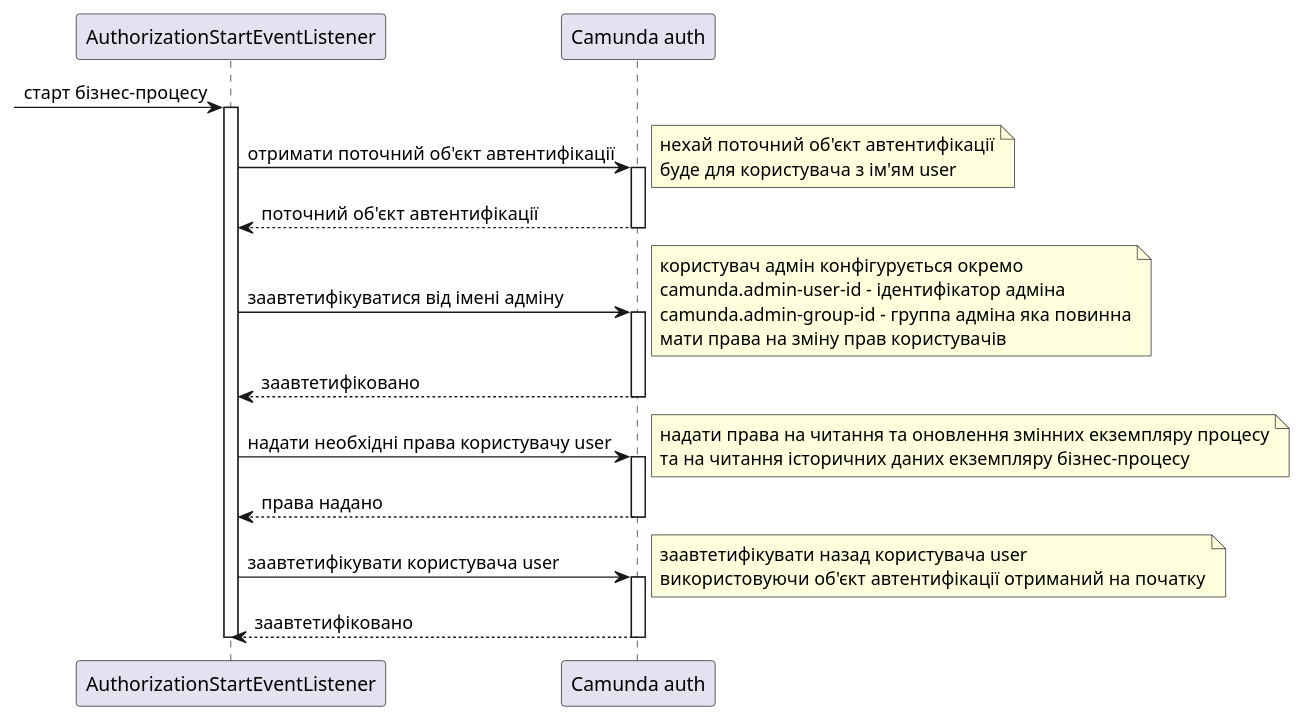
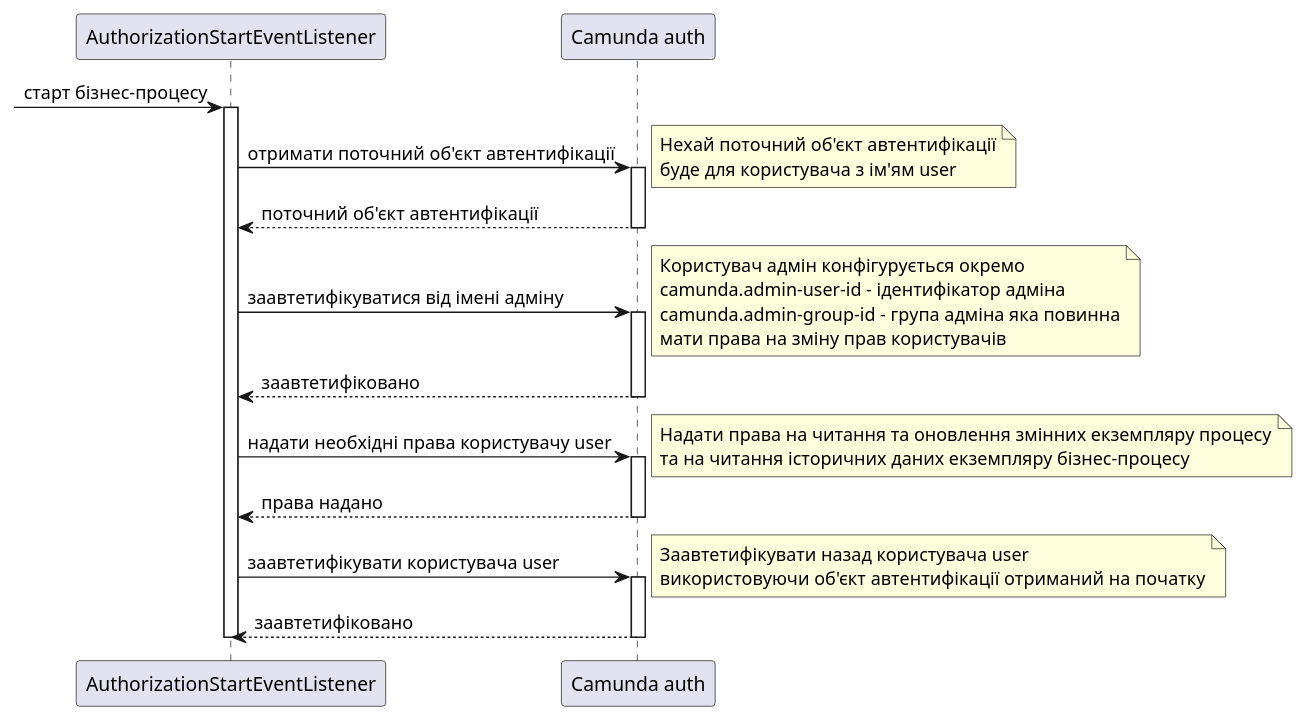
One commit to epam/edp-ddm-bpms changed the diagram in docs/modules/bpms/pages/authorization.adoc. Above: the diagram before and after it, drawn with PlantUML. The commit also changed other lines of this file and 1 other file, not shown here.

```diff
--- a/docs/modules/bpms/pages/authorization.adoc
+++ b/docs/modules/bpms/pages/authorization.adoc
@@ -32,50 +12,50 @@
 [plantuml,process-instance-access,svg]
 ----
 @startuml
 participant AuthorizationStartEventListener as listener order 10
 participant "Camunda auth" as auth order 20
 
 -> listener : старт бізнес-процесу
 activate listener
 
 listener -> auth : отримати поточний об'єкт автентифікації
 note right
-нехай поточний об'єкт автентифікації
+Нехай поточний об'єкт автентифікації
 буде для користувача з ім'ям user
 end note
 activate auth
 listener <-- auth : поточний об'єкт автентифікації
 deactivate auth
 
 listener -> auth : заавтетифікуватися від імені адміну
 activate auth
 note right
-користувач адмін конфігурується окремо
+Користувач адмін конфігурується окремо
 camunda.admin-user-id - ідентифікатор адміна
-camunda.admin-group-id - группа адміна яка повинна
+camunda.admin-group-id - група адміна яка повинна
 мати права на зміну прав користувачів
 end note
 
 listener <-- auth : заавтетифіковано
 deactivate auth
 
 listener -> auth : надати необхідні права користувачу user
 activate auth
 note right
-надати права на читання та оновлення змінних екземпляру процесу
+Надати права на читання та оновлення змінних екземпляру процесу
 та на читання історичних даних екземпляру бізнес-процесу
 end note
 listener <-- auth : права надано
 deactivate auth
 
 listener -> auth : заавтетифікувати користувача user
 activate auth
 note right
-заавтетифікувати назад користувача user
+Заавтетифікувати назад користувача user
 використовуючи об'єкт автентифікації отриманий на початку
 end note
 listener <-- auth : заавтетифіковано
 deactivate auth
 deactivate listener
 @enduml
 ----
```
